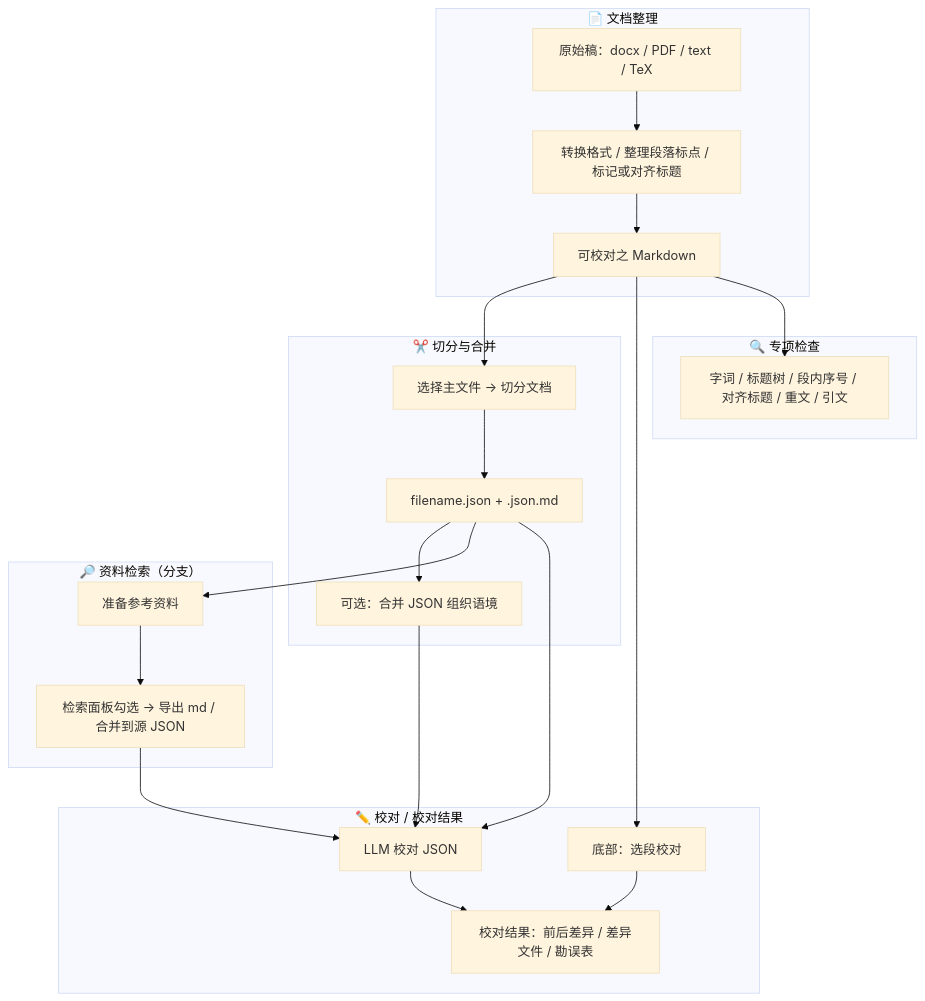
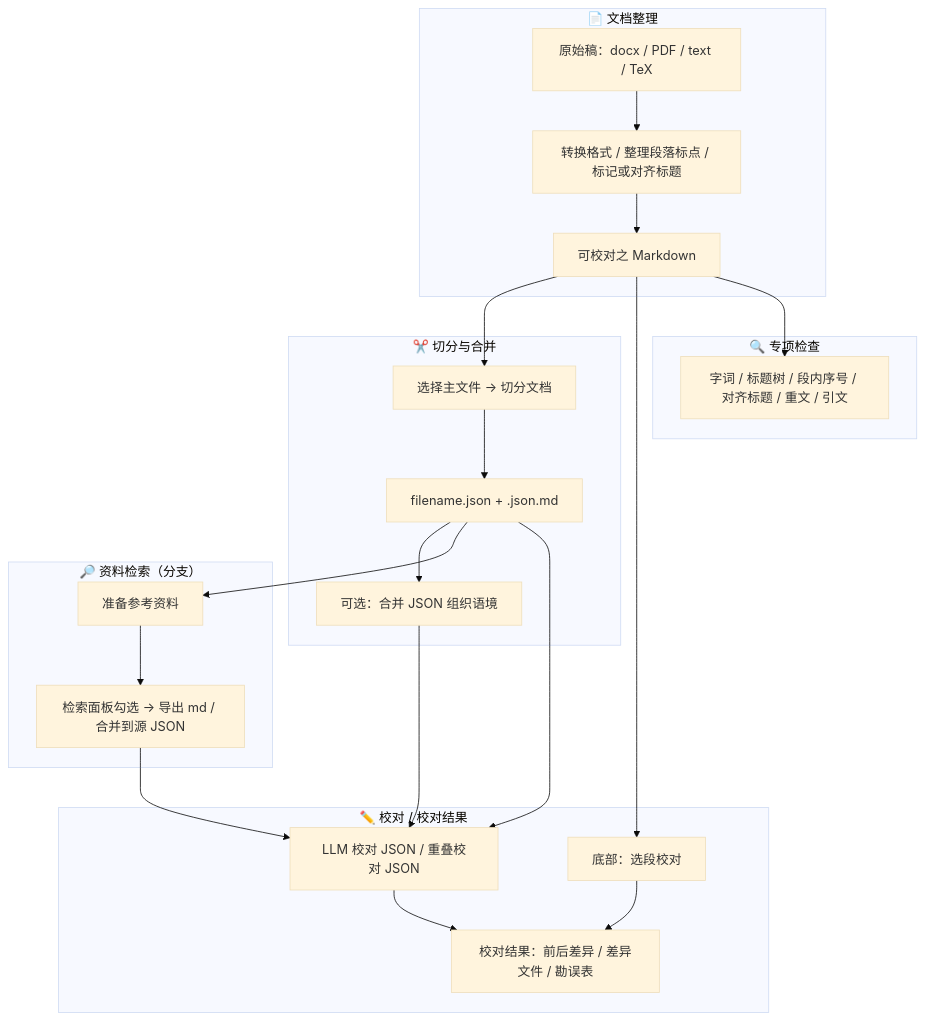
One commit to Fusyong/ai-proofread-vscode-extension changed the second of 5 diagrams in docs/commands-cheatsheet.md. Above: the diagram before and after it, drawn with Mermaid (base theme). The commit also changed other lines of this file and 12 other files, not shown here.

````diff
--- a/docs/commands-cheatsheet.md
+++ b/docs/commands-cheatsheet.md
@@ -166,33 +166,33 @@
 ```mermaid
 flowchart TB
     subgraph 整理["📄 文档整理"]
         A["原始稿：docx / PDF / text / TeX"]
         B["转换格式 / 整理段落标点 / 标记或对齐标题"]
         C["可校对之 Markdown"]
         A --> B --> C
     end
 
     subgraph 切分合并["✂️ 切分与合并"]
         C --> D["选择主文件 → 切分文档"]
         D --> E["filename.json + .json.md"]
         E --> F["可选：合并 JSON 组织语境"]
     end
 
     subgraph 检索["🔎 资料检索（分支）"]
         E --> G["准备参考资料"]
         G --> H["检索面板勾选 → 导出 md / 合并到源 JSON"]
     end
 
     subgraph 校对结果["✏️ 校对 / 校对结果"]
-        F --> I["LLM 校对 JSON"]
+        F --> I["LLM 校对 JSON / 重叠校对 JSON"]
         H --> I
         E --> I
         I --> J["校对结果：前后差异 / 差异文件 / 勘误表"]
         C --> K["底部：选段校对"]
         K --> J
     end
 
     subgraph 专项["🔍 专项检查"]
         C --> L["字词 / 标题树 / 段内序号 / 对齐标题 / 重文 / 引文"]
     end
 ```
````
